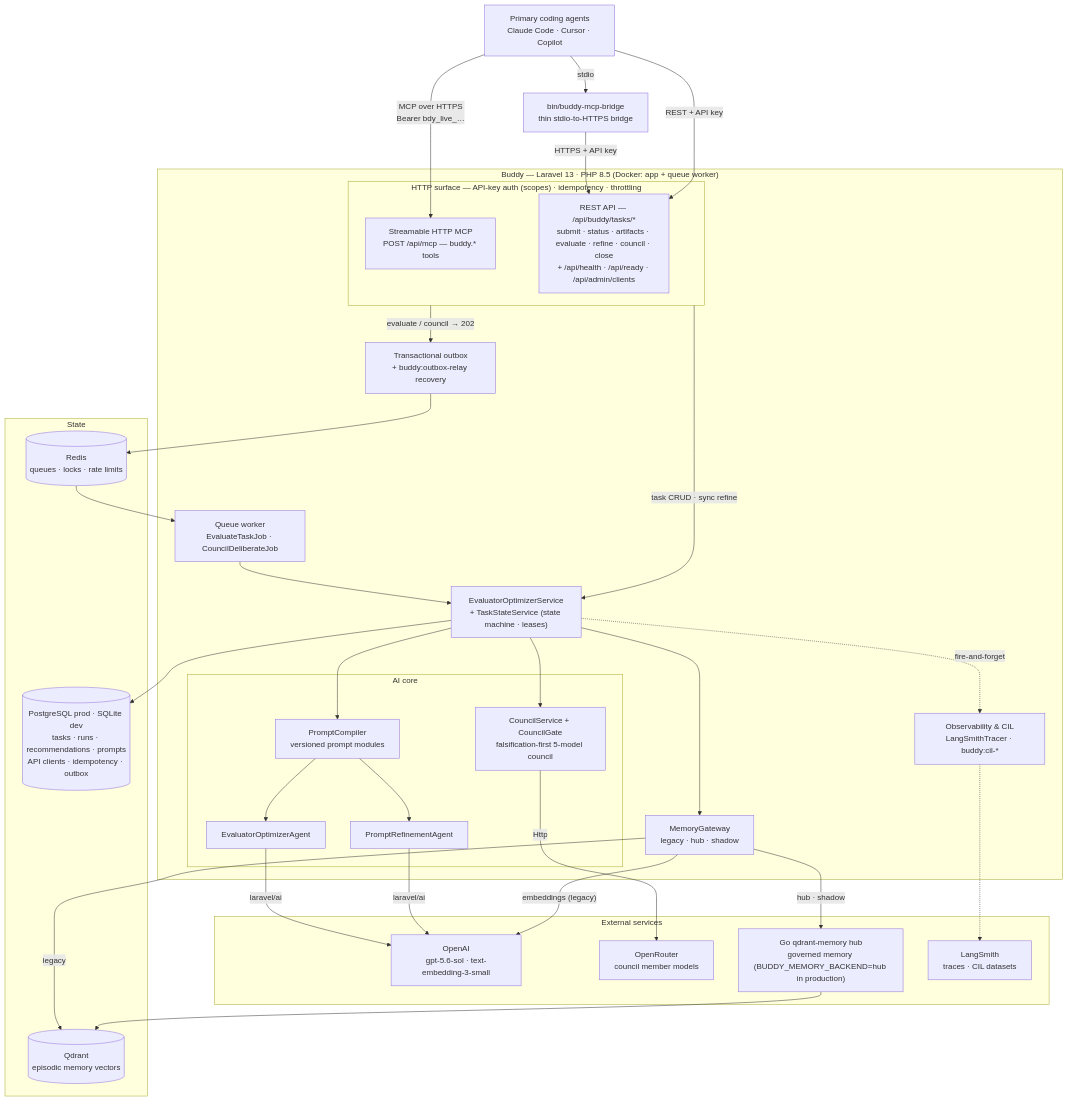
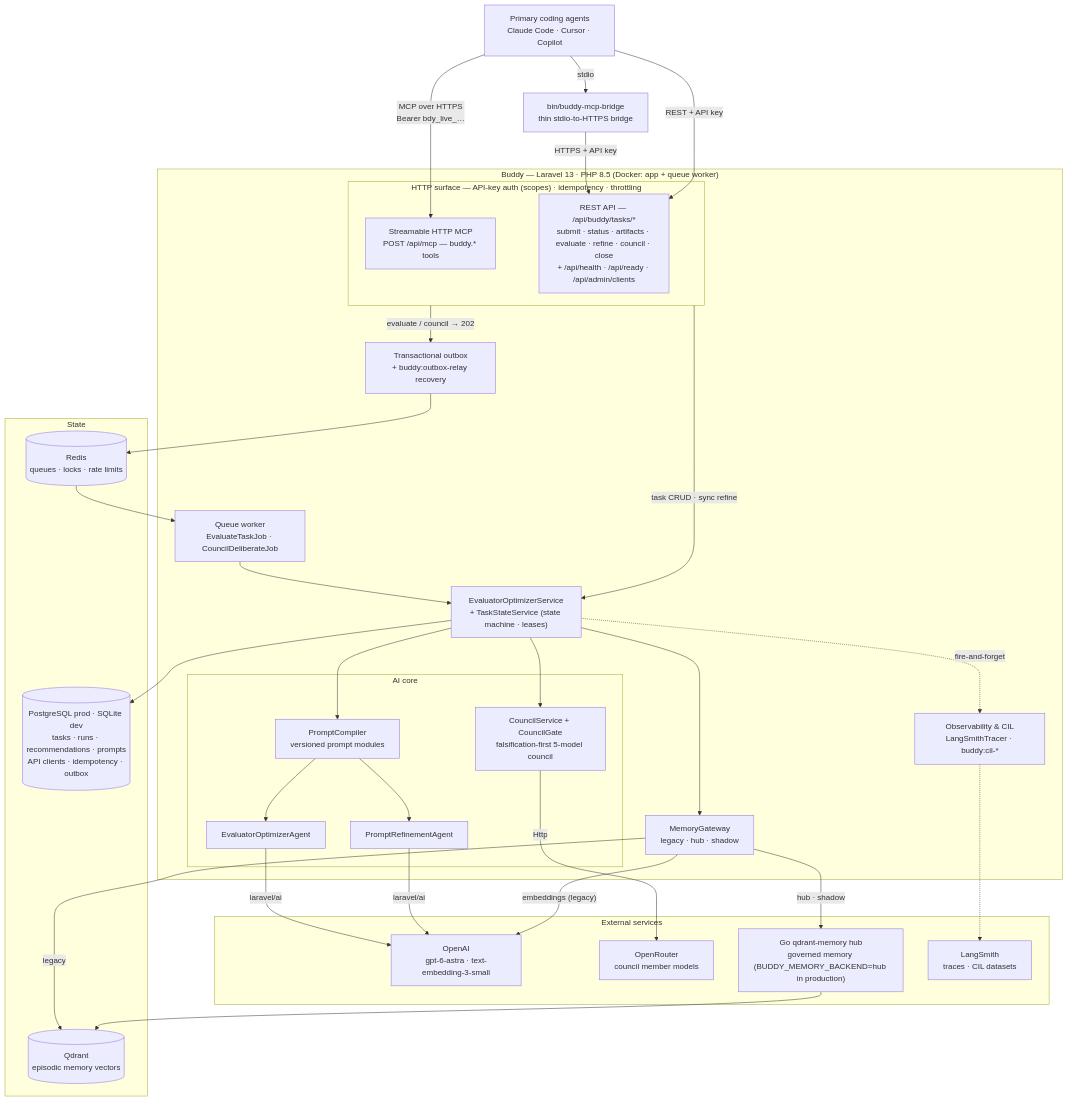
The diagram in README.md (ikarolaborda/buddy), drawn with Mermaid before and after one commit. The commit also changed other lines of this file and 9 other files, not shown here.

````diff
--- a/README.md
+++ b/README.md
@@ -27,68 +27,68 @@
 ```mermaid
 flowchart TB
     agents["Primary coding agents<br/>Claude Code · Cursor · Copilot"]
     bridge["bin/buddy-mcp-bridge<br/>thin stdio-to-HTTPS bridge"]
 
     subgraph buddy["Buddy — Laravel 13 · PHP 8.5 (Docker: app + queue worker)"]
         subgraph http["HTTP surface — API-key auth (scopes) · idempotency · throttling"]
             mcp["Streamable HTTP MCP<br/>POST /api/mcp — buddy.* tools"]
             rest["REST API — /api/buddy/tasks/*<br/>submit · status · artifacts · evaluate · refine · council · close<br/>+ /api/health · /api/ready · /api/admin/clients"]
         end
 
         outbox["Transactional outbox<br/>+ buddy:outbox-relay recovery"]
         worker["Queue worker<br/>EvaluateTaskJob · CouncilDeliberateJob"]
         svc["EvaluatorOptimizerService<br/>+ TaskStateService (state machine · leases)"]
 
         subgraph aicore["AI core"]
             compiler["PromptCompiler<br/>versioned prompt modules"]
             evalAgent["EvaluatorOptimizerAgent"]
             refineAgent["PromptRefinementAgent"]
             council["CouncilService + CouncilGate<br/>falsification-first 5-model council"]
         end
 
         gateway["MemoryGateway<br/>legacy · hub · shadow"]
         obs["Observability & CIL<br/>LangSmithTracer · buddy:cil-*"]
     end
 
     subgraph stores["State"]
         db[("PostgreSQL prod · SQLite dev<br/>tasks · runs · recommendations · prompts<br/>API clients · idempotency · outbox")]
         redis[("Redis<br/>queues · locks · rate limits")]
         qdrant[("Qdrant<br/>episodic memory vectors")]
     end
 
     subgraph ext["External services"]
-        openai["OpenAI<br/>gpt-5.6-sol · text-embedding-3-small"]
+        openai["OpenAI<br/>gpt-6-astra · text-embedding-3-small"]
         openrouter["OpenRouter<br/>council member models"]
         hub["Go qdrant-memory hub<br/>governed memory (BUDDY_MEMORY_BACKEND=hub in production)"]
         langsmith["LangSmith<br/>traces · CIL datasets"]
     end
 
     agents -->|"MCP over HTTPS<br/>Bearer bdy_live_…"| mcp
     agents -->|stdio| bridge
     bridge -->|"HTTPS + API key"| rest
     agents -->|"REST + API key"| rest
 
     http -->|"task CRUD · sync refine"| svc
     http -->|"evaluate / council → 202"| outbox
     outbox --> redis
     redis --> worker
     worker --> svc
 
     svc --> compiler
     compiler --> evalAgent
     compiler --> refineAgent
     svc --> council
     evalAgent -->|laravel/ai| openai
     refineAgent -->|laravel/ai| openai
     council -->|Http| openrouter
 
     svc --> gateway
     gateway -->|legacy| qdrant
     gateway -->|"hub · shadow"| hub
     hub --> qdrant
     gateway -->|"embeddings (legacy)"| openai
 
     svc --> db
     svc -.->|"fire-and-forget"| obs
     obs -.-> langsmith
 ```
````
